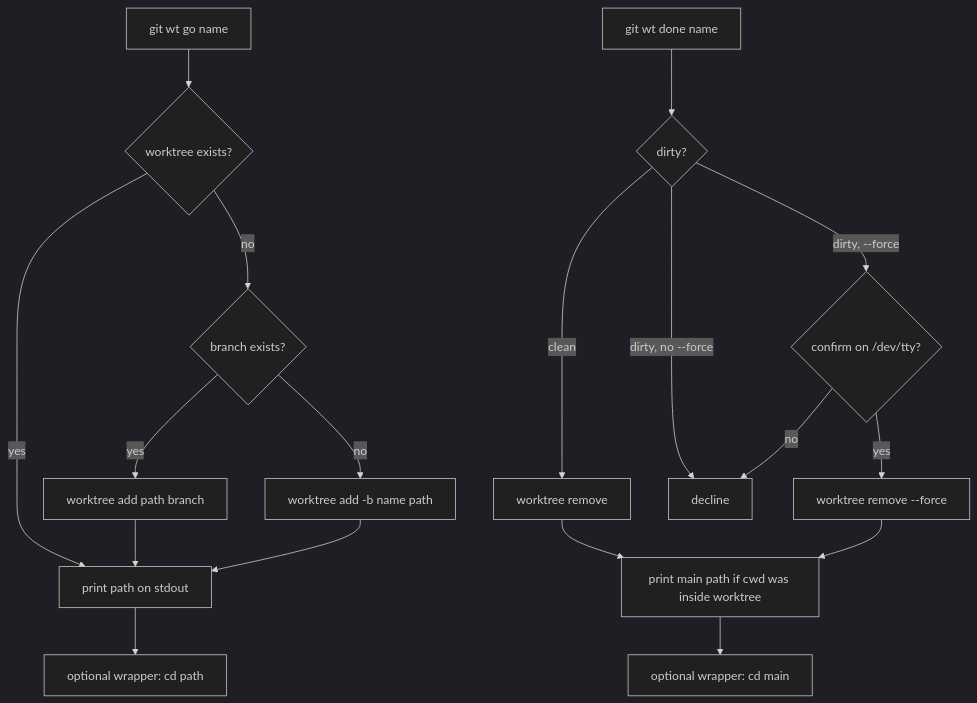
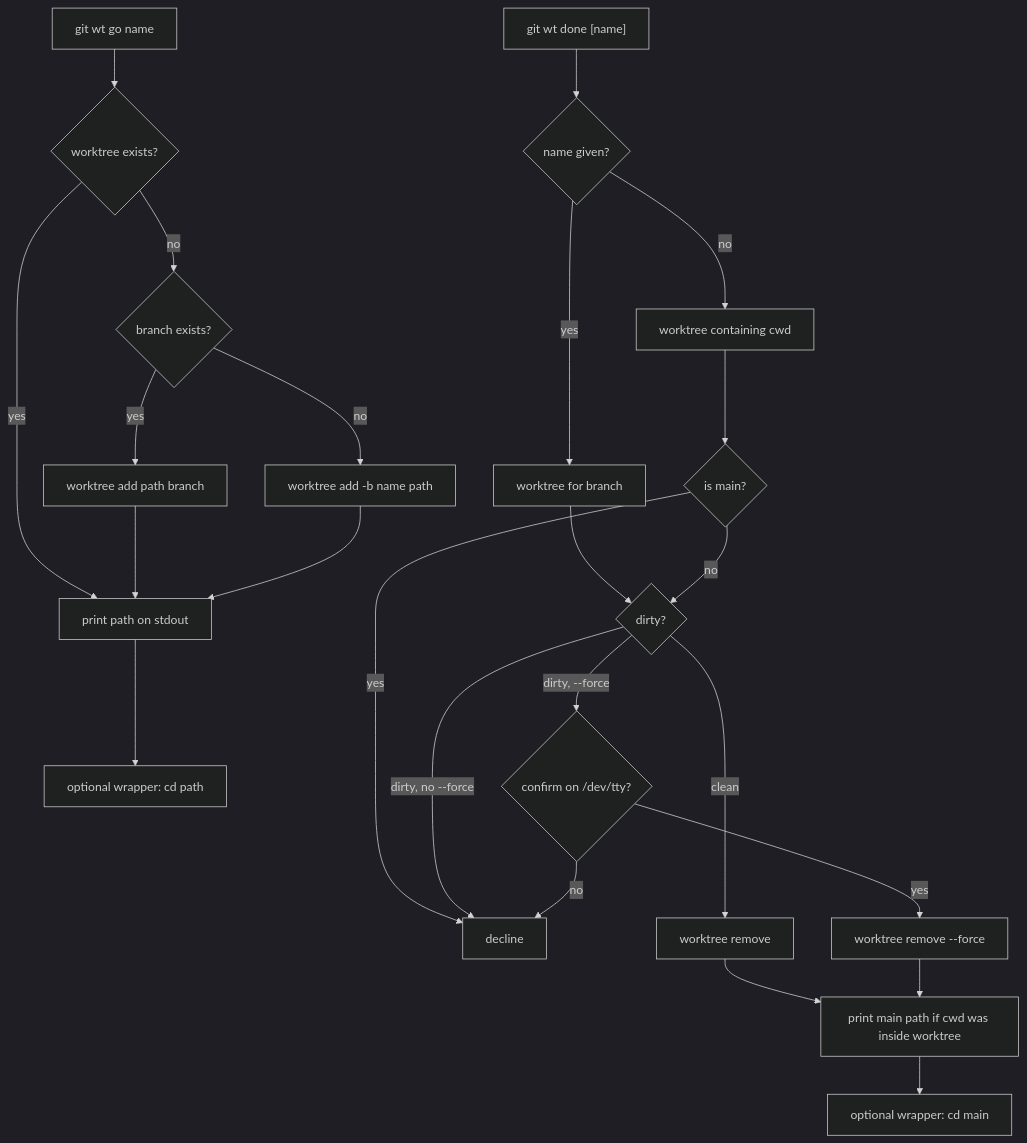
The diagram in subcommands/git-wt/README.md (Texarkanine/git-aliases), drawn with Mermaid (dark theme) before and after one commit. The commit also changed other lines of this file and 5 other files, not shown here.

Commit message:
feat(git-wt): infer current worktree when done has no name (#8)

````diff
--- a/subcommands/git-wt/README.md
+++ b/subcommands/git-wt/README.md
@@ -65,21 +70,27 @@
 ```mermaid
 flowchart TD
     A["git wt go name"] --> B{"worktree exists?"}
     B -->|yes| C["print path on stdout"]
     B -->|no| D{"branch exists?"}
     D -->|yes| E["worktree add path branch"]
     D -->|no| F["worktree add -b name path"]
     E --> C
     F --> C
     C --> G["optional wrapper: cd path"]
 
-    H["git wt done name"] --> I{"dirty?"}
+    H["git wt done [name]"] --> R{"name given?"}
+    R -->|yes| Blookup["worktree for branch"]
+    R -->|no| Cwd["worktree containing cwd"]
+    Cwd --> Main{"is main?"}
+    Main -->|yes| K["decline"]
+    Blookup --> I{"dirty?"}
+    Main -->|no| I
     I -->|clean| J["worktree remove"]
-    I -->|dirty, no --force| K["decline"]
+    I -->|dirty, no --force| K
     I -->|"dirty, --force"| L{"confirm on /dev/tty?"}
     L -->|no| K
     L -->|yes| M["worktree remove --force"]
     J --> N["print main path if cwd was inside worktree"]
     M --> N
     N --> O["optional wrapper: cd main"]
 ```
````
